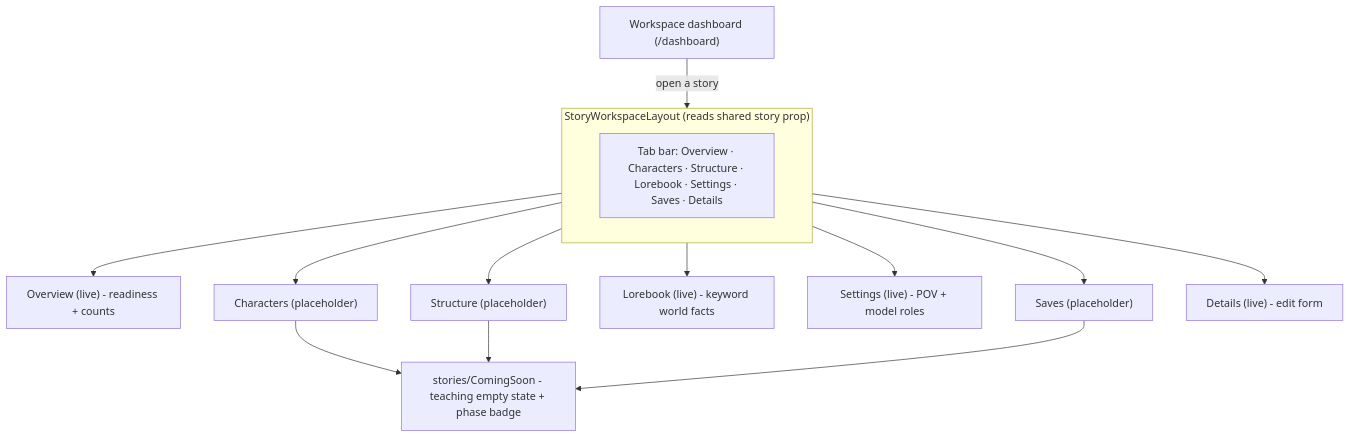
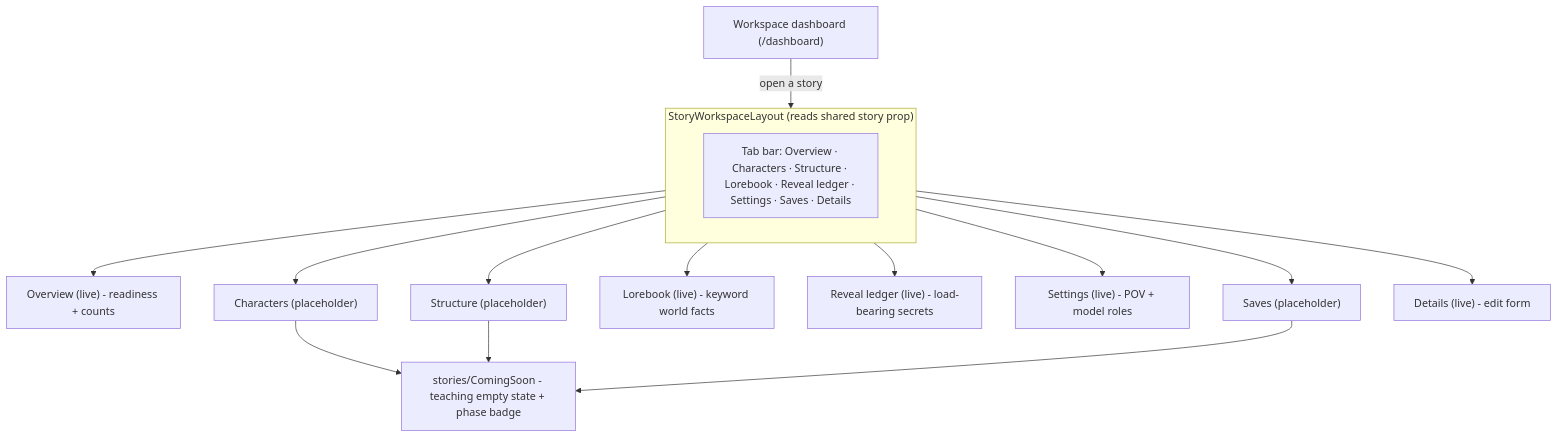
One commit to ZulfikarHD/text-advanture-app changed the first of 2 diagrams in docs/architecture/Diagrams/Authoring/Story_Workspace_Shell.md. Above: the diagram before and after it, drawn with Mermaid. The commit also changed other lines of this file and 19 other files, not shown here.

````diff
--- a/docs/architecture/Diagrams/Authoring/Story_Workspace_Shell.md
+++ b/docs/architecture/Diagrams/Authoring/Story_Workspace_Shell.md
@@ -14,21 +14,22 @@
 ```mermaid
 flowchart TD
     Dashboard["Workspace dashboard (/dashboard)"] -->|"open a story"| Shell
 
     subgraph Shell ["StoryWorkspaceLayout (reads shared story prop)"]
         direction TB
-        Tabs["Tab bar: Overview · Characters · Structure · Lorebook · Settings · Saves · Details"]
+        Tabs["Tab bar: Overview · Characters · Structure · Lorebook · Reveal ledger · Settings · Saves · Details"]
     end
 
     Tabs --> Overview["Overview (live) - readiness + counts"]
     Tabs --> Characters["Characters (placeholder)"]
     Tabs --> Structure["Structure (placeholder)"]
     Tabs --> Lorebook["Lorebook (live) - keyword world facts"]
+    Tabs --> RevealLedger["Reveal ledger (live) - load-bearing secrets"]
     Tabs --> Settings["Settings (live) - POV + model roles"]
     Tabs --> Saves["Saves (placeholder)"]
     Tabs --> Details["Details (live) - edit form"]
 
     Characters --> CS["stories/ComingSoon - teaching empty state + phase badge"]
     Structure --> CS
     Saves --> CS
 ```
````
